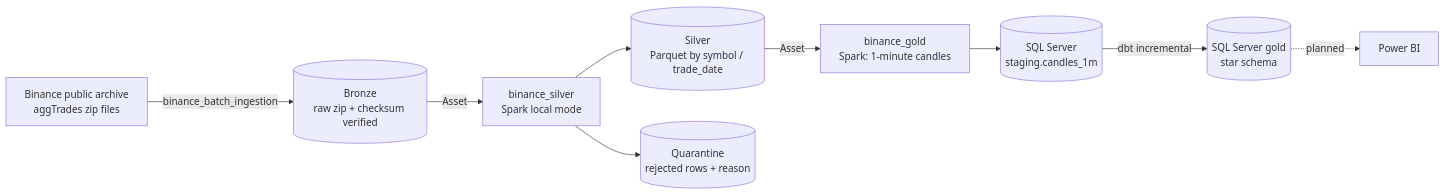
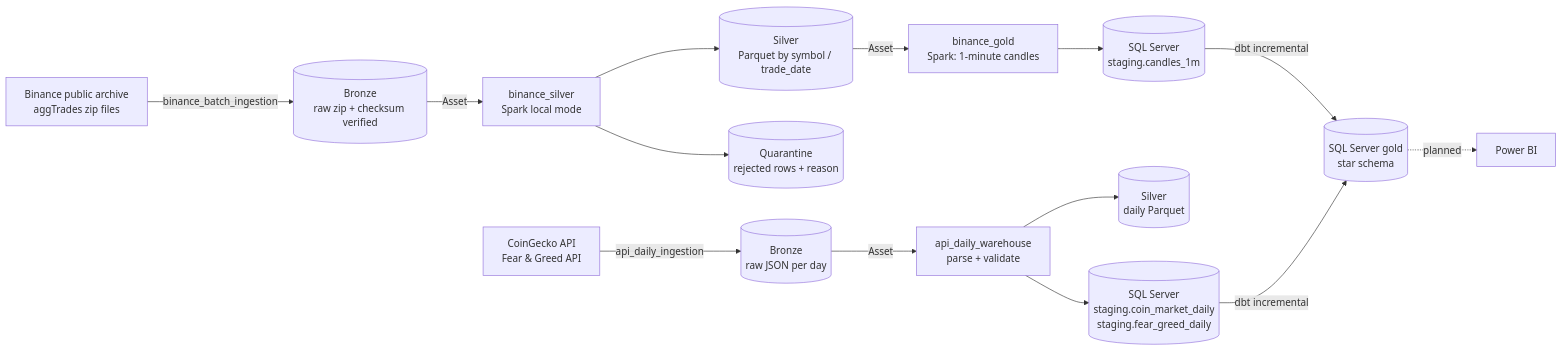
Before and after one commit to yusuf-kamal/crypto-platform: the first of 2 diagrams in README.md, drawn with Mermaid. The commit also changed other lines of this file and 17 other files, not shown here.

````diff
--- a/README.md
+++ b/README.md
@@ -45,11 +46,16 @@
 ```mermaid
 flowchart LR
     A[Binance public archive<br/>aggTrades zip files] -->|binance_batch_ingestion| B[(Bronze<br/>raw zip + checksum verified)]
     B -->|Asset| C[binance_silver<br/>Spark local mode]
     C --> D[(Silver<br/>Parquet by symbol / trade_date)]
     C --> Q[(Quarantine<br/>rejected rows + reason)]
     D -->|Asset| E[binance_gold<br/>Spark: 1-minute candles]
     E --> F[(SQL Server<br/>staging.candles_1m)]
     F -->|dbt incremental| G[(SQL Server gold<br/>star schema)]
+    I[CoinGecko API<br/>Fear & Greed API] -->|api_daily_ingestion| J[(Bronze<br/>raw JSON per day)]
+    J -->|Asset| K[api_daily_warehouse<br/>parse + validate]
+    K --> L[(Silver<br/>daily Parquet)]
+    K --> M[(SQL Server<br/>staging.coin_market_daily<br/>staging.fear_greed_daily)]
+    M -->|dbt incremental| G
     G -.->|planned| H[Power BI]
 ```
````
